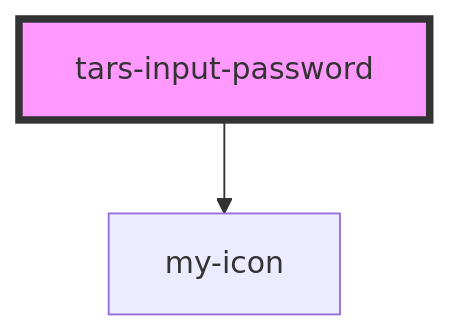
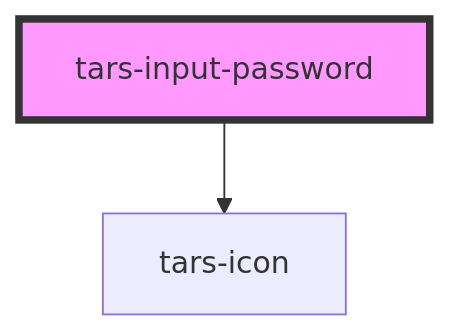
One commit to EscuelaIt/curso-stenciljs changed the diagram in src/components/input-password/readme.md. Above: the diagram before and after it, drawn with Mermaid. The commit also changed other lines of this file and 1309 other files, not shown here.

````diff
--- a/src/components/input-password/readme.md
+++ b/src/components/input-password/readme.md
@@ -45,5 +45,5 @@
 ```mermaid
 graph TD;
-  tars-input-password --> my-icon
+  tars-input-password --> tars-icon
   style tars-input-password fill:#f9f,stroke:#333,stroke-width:4px
 ```
````
